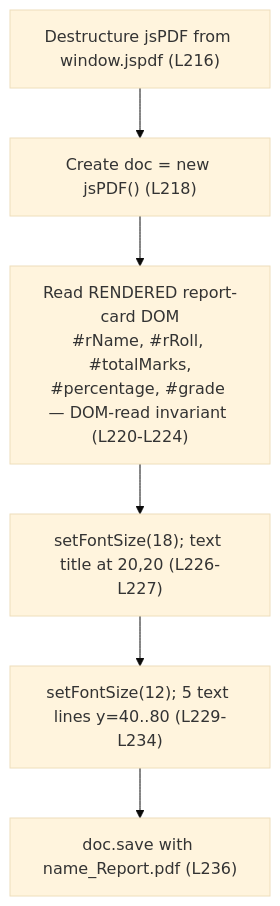
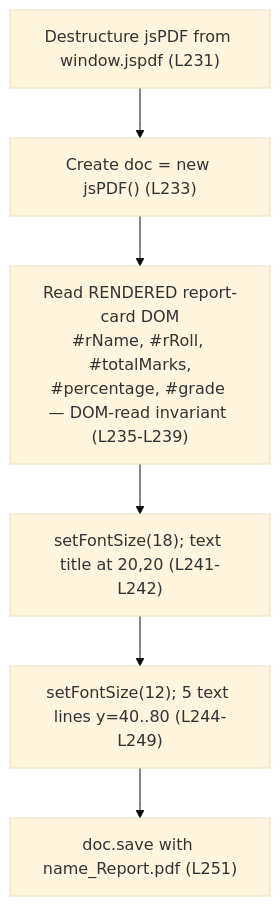
Before and after one commit to ajitblitzy/Student_Mngt_09-Jun-2026: the third of 3 diagrams in docs/architecture/data-flow.md, drawn with Mermaid (base theme). The commit also changed other lines of this file and 17 other files, not shown here.

````diff
--- a/docs/architecture/data-flow.md
+++ b/docs/architecture/data-flow.md
@@ -79,10 +79,10 @@
 ```mermaid
 flowchart TD
-    A["Destructure jsPDF from window.jspdf (L216)"]
-    B["Create doc = new jsPDF() (L218)"]
-    C["Read RENDERED report-card DOM<br/>#rName, #rRoll, #totalMarks,<br/>#percentage, #grade — DOM-read invariant (L220-L224)"]
-    D["setFontSize(18); text title at 20,20 (L226-L227)"]
-    E["setFontSize(12); 5 text lines y=40..80 (L229-L234)"]
-    F["doc.save with name_Report.pdf (L236)"]
+    A["Destructure jsPDF from window.jspdf (L231)"]
+    B["Create doc = new jsPDF() (L233)"]
+    C["Read RENDERED report-card DOM<br/>#rName, #rRoll, #totalMarks,<br/>#percentage, #grade — DOM-read invariant (L235-L239)"]
+    D["setFontSize(18); text title at 20,20 (L241-L242)"]
+    E["setFontSize(12); 5 text lines y=40..80 (L244-L249)"]
+    F["doc.save with name_Report.pdf (L251)"]
     A --> B --> C --> D --> E --> F
 ```
````
